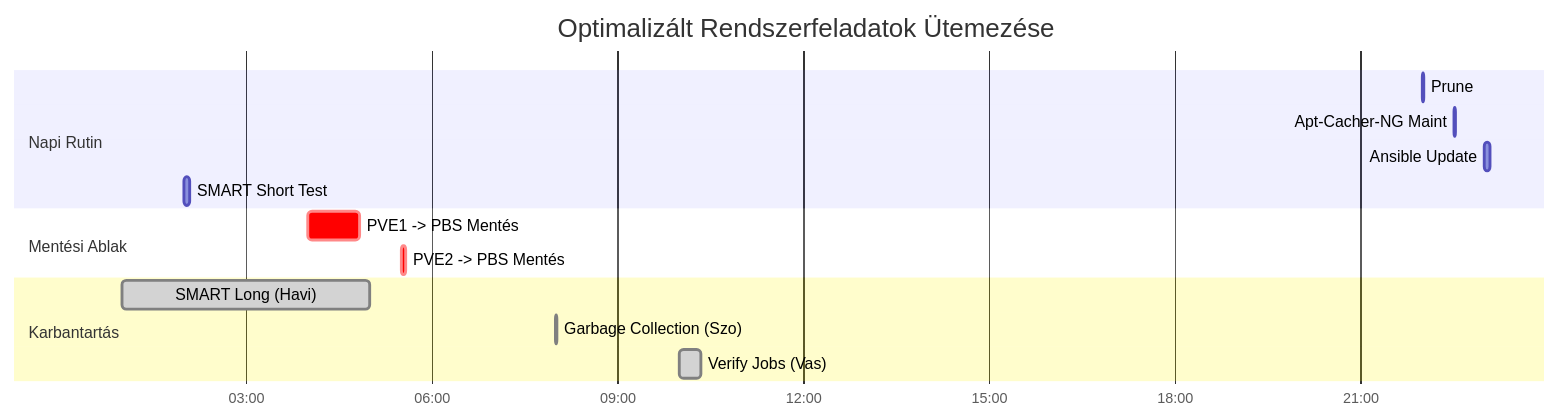
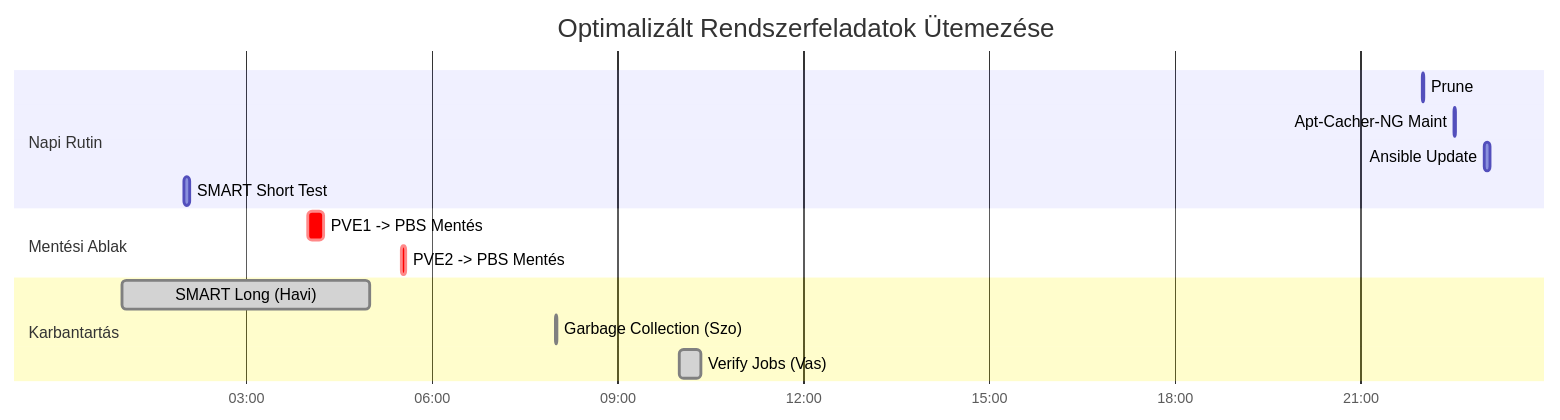
The second of 2 diagrams in 13-Design_Decisions/README_HU.md (torokrolf/homelab), drawn with Mermaid before and after one commit. The commit also changed other lines of this file, not shown here.

````diff
--- a/13-Design_Decisions/README_HU.md
+++ b/13-Design_Decisions/README_HU.md
@@ -138,22 +139,22 @@
 ```mermaid
 gantt
     title Optimalizált Rendszerfeladatok Ütemezése
     dateFormat  HH:mm
     axisFormat  %H:%M
     todayMarker off
 
     section Napi Rutin
     Prune                        : 22:00, 1m
     Apt-Cacher-NG Maint          : 22:30, 1m
     Ansible Update               : 23:00, 5m
     SMART Short Test             : 02:00, 5m
 
     section Mentési Ablak
-    PVE1 -> PBS Mentés           :crit, 04:00, 50m
+    PVE1 -> PBS Mentés           :crit, 04:00, 15m
     PVE2 -> PBS Mentés           :crit, 05:30, 5m
 
     section Karbantartás
     SMART Long (Havi)            :done, 01:00, 4h
     Garbage Collection (Szo)     :done, 08:00, 1m
     Verify Jobs (Vas)            :done, 10:00, 20m
 ```
````
